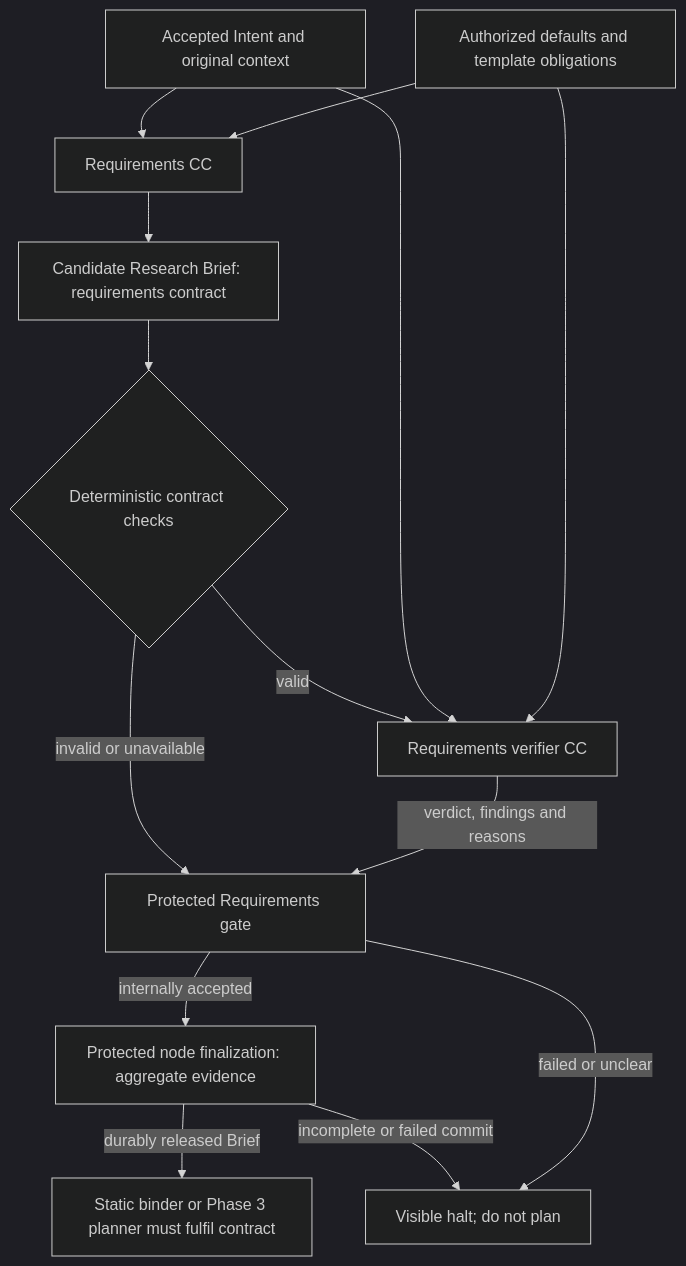
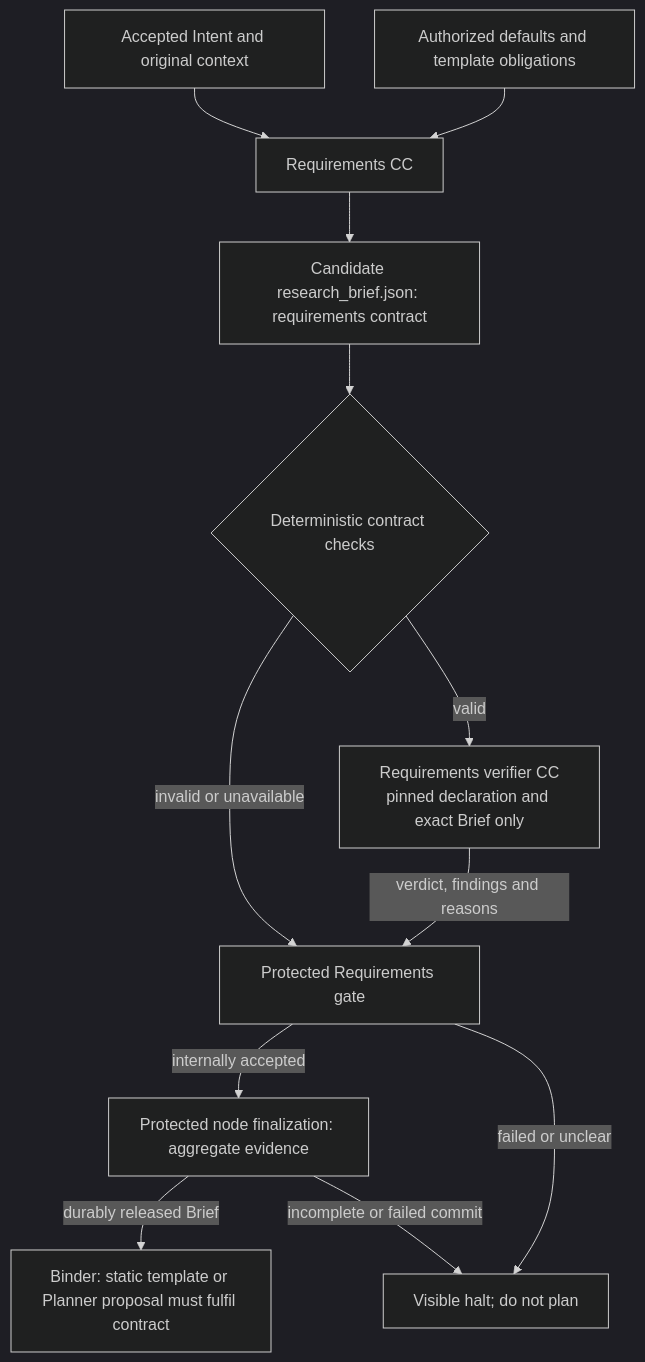
Before and after one commit to Stellven/jiuwenswarm: the second of 2 diagrams in docs/architecture/design-package/intent-design.md, drawn with Mermaid (dark theme). The commit also changed other lines of this file and 86 other files, not shown here.

Commit message:
docs: fix stale diagrams and matching prose; re-render all views

````diff
--- a/docs/architecture/design-package/intent-design.md
+++ b/docs/architecture/design-package/intent-design.md
@@ -113,16 +111,14 @@
 ```mermaid
 flowchart TB
     I[Accepted Intent and original context] --> R[Requirements CC]
     Policy[Authorized defaults and template obligations] --> R
-    R --> Brief[Candidate Research Brief: requirements contract]
+    R --> Brief[Candidate research_brief.json: requirements contract]
     Brief --> D{Deterministic contract checks}
-    D -->|valid| V[Requirements verifier CC]
+    D -->|valid| V[Requirements verifier CC<br/>pinned declaration and exact Brief only]
     D -->|invalid or unavailable| G[Protected Requirements gate]
-    I --> V
-    Policy --> V
     V -->|verdict, findings and reasons| G
     G -->|internally accepted| NG[Protected node finalization: aggregate evidence]
-    NG -->|durably released Brief| P[Static binder or Phase 3 planner must fulfil contract]
+    NG -->|durably released Brief| P[Binder: static template or Planner proposal must fulfil contract]
     NG -->|incomplete or failed commit| H
     G -->|failed or unclear| H[Visible halt; do not plan]
 ```
````
